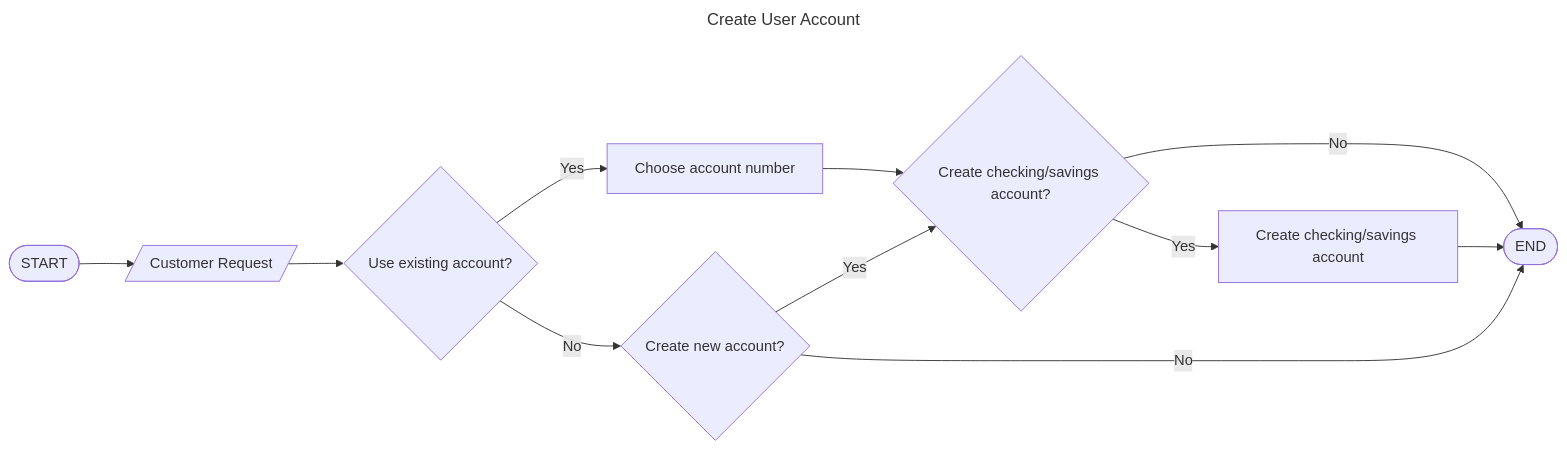
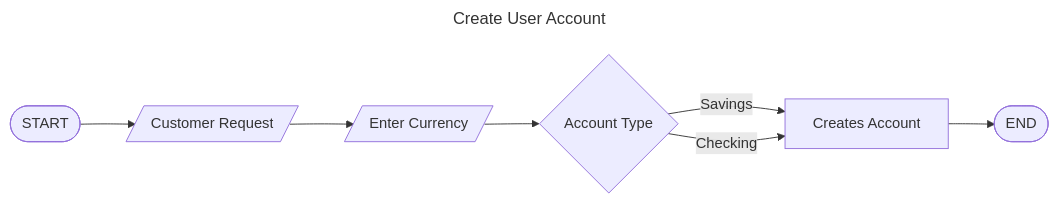
One commit to Jherson-Aguto/BankingSystem changed the first of 2 diagrams in docs/Flowchart/accounts.md. Above: the diagram before and after it, drawn with Mermaid. The commit also changed other lines of this file and 2 other files, not shown here.

Commit message:
updated flowchart

````diff
--- a/docs/Flowchart/accounts.md
+++ b/docs/Flowchart/accounts.md
@@ -1,16 +1,12 @@
 ```mermaid
 ---
 title: Create User Account
 ---
 flowchart LR
     A([START]) --> B[/Customer Request/]
-    B --> C{Use existing account?}
-    C -- Yes --> D[Choose account number]
-    D --> E{Create checking/savings account?}
-    E -- Yes --> F[Create checking/savings account]
-    E -- No --> G([END])
-    F --> G
-    C -- No --> H{Create new account?}
-    H -- Yes --> E
-    H -- No --> G
+    B -->  C[/Enter Currency/]
+    C --> D{Account Type}
+    D --Savings--> E[Creates Account]
+    D --Checking--> E
+    E --> G([END])
 ```
````
